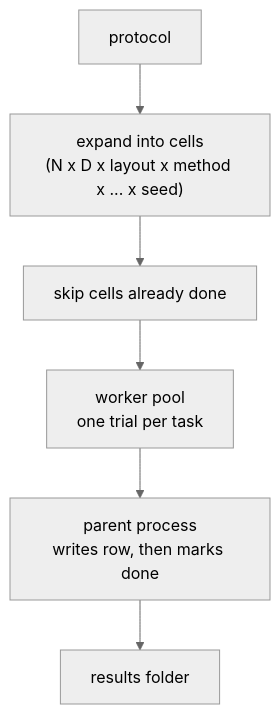
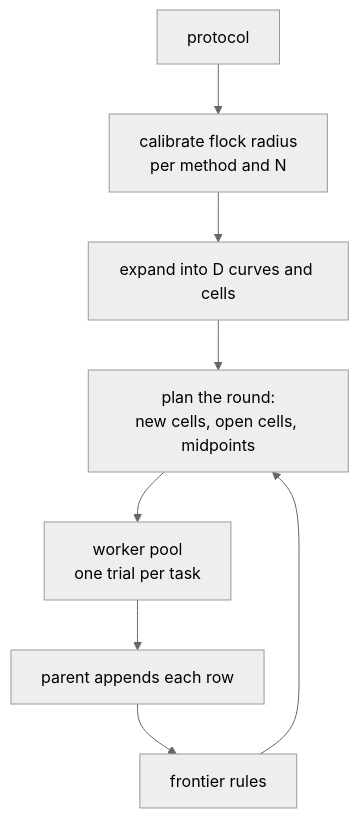
One commit to lykimq/HerdSim changed the third of 3 diagrams in docs/codes/architecture.md. Above: the diagram before and after it, drawn with Mermaid (neutral theme). The commit also changed other lines of this file and 728 other files, not shown here.

````diff
--- a/docs/codes/architecture.md
+++ b/docs/codes/architecture.md
@@ -142,8 +179,10 @@
 ```mermaid
 flowchart TB
-    PR["protocol"] --> EX["expand into cells<br/>(N x D x layout x method x ... x seed)"]
-    EX --> SK["skip cells already done"]
-    SK --> POOL["worker pool<br/>one trial per task"]
-    POOL --> PAR["parent process<br/>writes row, then marks done"]
-    PAR --> RES["results folder"]
+    PR["protocol"] --> CAL["calibrate flock radius<br/>per method and N"]
+    CAL --> EX["expand into D curves and cells"]
+    EX --> PL["plan the round:<br/>new cells, open cells, midpoints"]
+    PL --> POOL["worker pool<br/>one trial per task"]
+    POOL --> PAR["parent appends each row"]
+    PAR --> FR["frontier rules"]
+    FR --> PL
 ```
````
